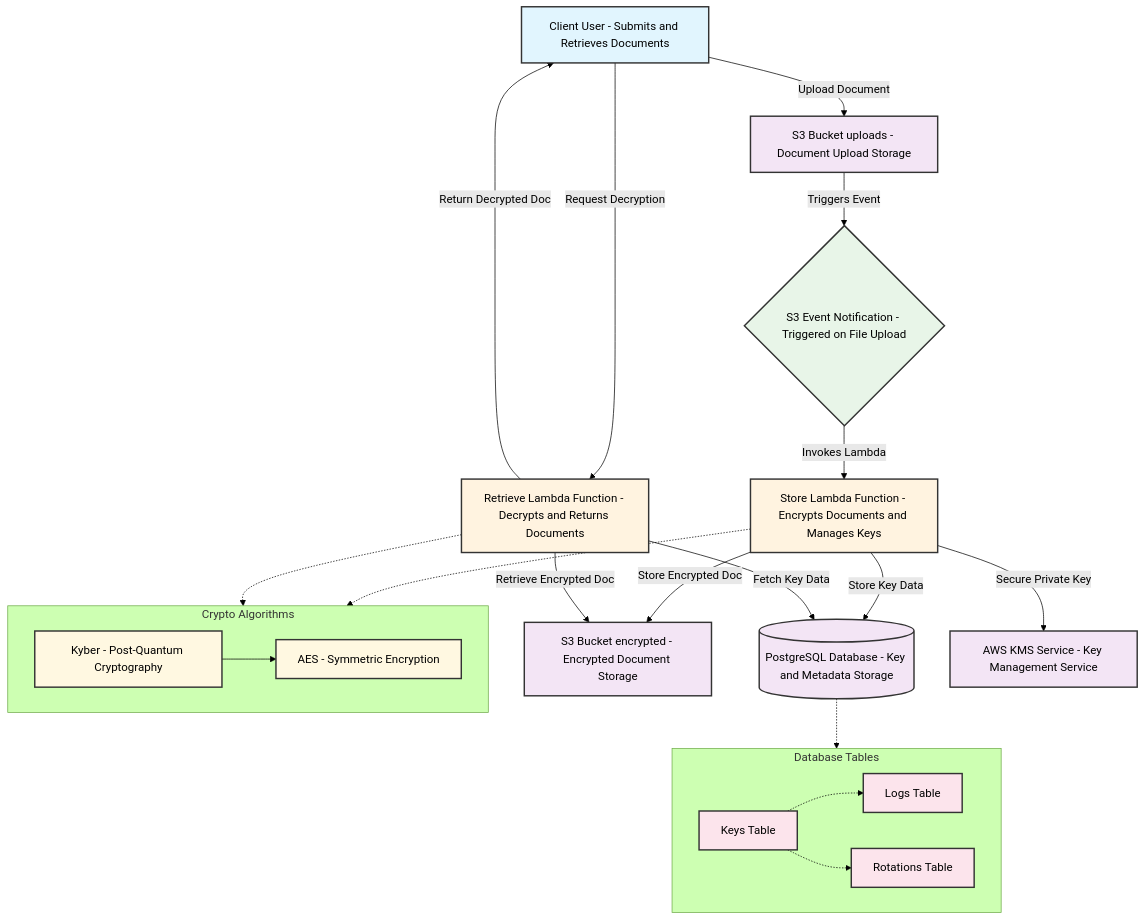
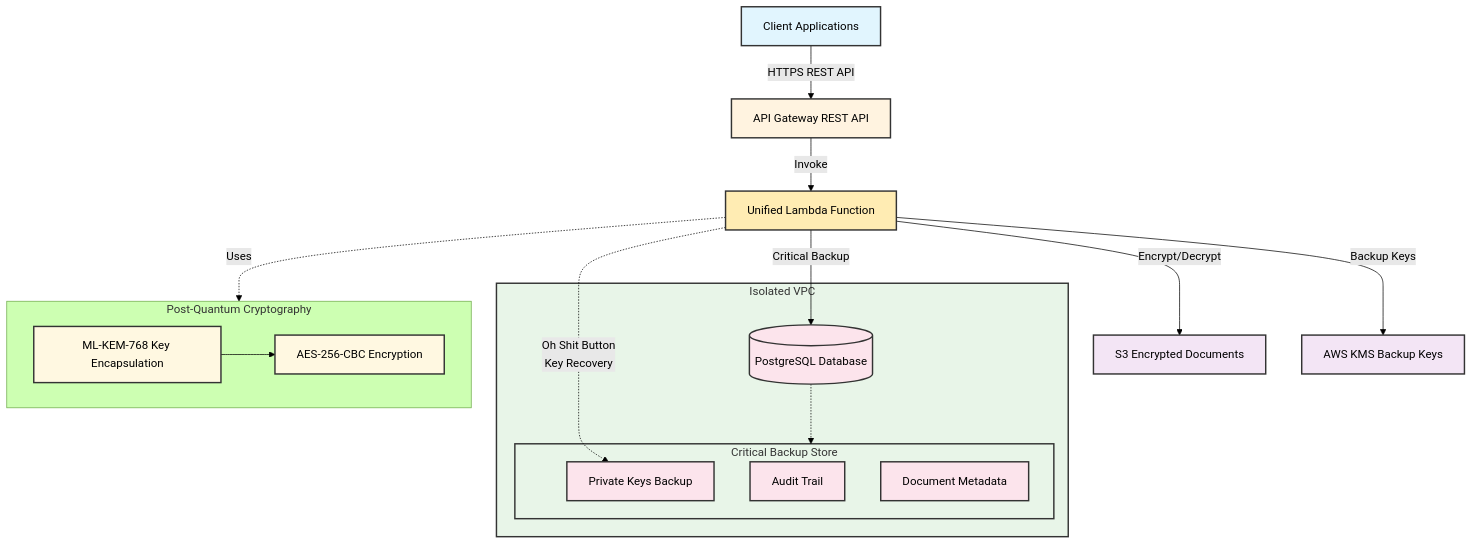
One commit to m1rl0k/pqfile changed the diagram in architecture.mmd. Above: the diagram before and after it, drawn with Mermaid (forest theme). The commit also changed 14 other files, not shown here.

Commit message:
fix + unified lambda

```diff
--- a/architecture.mmd
+++ b/architecture.mmd
@@ -1,65 +1,62 @@
 graph TB
     %% Define node styles
     classDef userClass fill:#e1f5fe,stroke:#333,stroke-width:2px
-    classDef lambdaClass fill:#fff3e0,stroke:#333,stroke-width:2px
+    classDef apiClass fill:#fff3e0,stroke:#333,stroke-width:2px
+    classDef lambdaClass fill:#ffecb3,stroke:#333,stroke-width:2px
     classDef storageClass fill:#f3e5f5,stroke:#333,stroke-width:2px
-    classDef eventClass fill:#e8f5e8,stroke:#333,stroke-width:2px
+    classDef dbClass fill:#fce4ec,stroke:#333,stroke-width:2px
     classDef algorithmClass fill:#fff8e1,stroke:#333,stroke-width:2px
-    classDef dbClass fill:#fce4ec,stroke:#333,stroke-width:2px
-    
+    classDef vpcClass fill:#e8f5e8,stroke:#333,stroke-width:2px
+
     %% External Components
-    User[Client User - Submits and Retrieves Documents] 
-    S3Up[S3 Bucket uploads - Document Upload Storage] 
-    S3Enc[S3 Bucket encrypted - Encrypted Document Storage] 
-    
-    %% Core Services
-    Store[Store Lambda Function - Encrypts Documents and Manages Keys] 
-    Retrieve[Retrieve Lambda Function - Decrypts and Returns Documents] 
-    DB[(PostgreSQL Database - Key and Metadata Storage)] 
-    KMS[AWS KMS Service - Key Management Service] 
-    
-    %% Event Flow
-    Event{S3 Event Notification - Triggered on File Upload} 
-    
-    %% Flow Connections
-    User -->|Upload Document| S3Up
-    User -->|Request Decryption| Retrieve
-    
-    %% Automatic Encryption Flow
-    S3Up -->|Triggers Event| Event
-    Event -->|Invokes Lambda| Store
-    Store -->|Store Key Data| DB
-    Store -->|Secure Private Key| KMS
-    Store -->|Store Encrypted Doc| S3Enc
-    
-    %% Decryption Flow
-    Retrieve -->|Fetch Key Data| DB
-    Retrieve -->|Retrieve Encrypted Doc| S3Enc
-    Retrieve -->|Return Decrypted Doc| User
-    
-    %% Algorithm Details
-    subgraph Algo [Crypto Algorithms]
-        Kyber[Kyber - Post-Quantum Cryptography]
-        AES[AES - Symmetric Encryption]
+    User[Client Applications]
+
+    %% API Layer
+    API[API Gateway REST API]
+
+    %% Core Processing
+    Lambda[Unified Lambda Function]
+
+    %% Storage Layer
+    S3[S3 Encrypted Documents]
+    KMS[AWS KMS Backup Keys]
+
+    %% Isolated Database (The "Oh Shit Button")
+    subgraph VPC [Isolated VPC]
+        DB[(PostgreSQL Database)]
+        subgraph DBTables [Critical Backup Store]
+            Keys[Private Keys Backup]
+            Logs[Audit Trail]
+            Metadata[Document Metadata]
+        end
+    end
+
+    %% Crypto Implementation
+    subgraph Crypto [Post-Quantum Cryptography]
+        Kyber[ML-KEM-768 Key Encapsulation]
+        AES[AES-256-CBC Encryption]
         Kyber --> AES
     end
-    Store -.-> Algo
-    Retrieve -.-> Algo
-    
-    %% Database Schema
-    subgraph DBSchema [Database Tables]
-        Keys[Keys Table]
-        Logs[Logs Table]
-        Rots[Rotations Table]
-        Keys -.-> Logs
-        Keys -.-> Rots
-    end
-    DB -.-> DBSchema
-    
-    %% Apply styles to nodes
+
+    %% Main Flow
+    User -->|HTTPS REST API| API
+    API -->|Invoke| Lambda
+    Lambda -->|Encrypt/Decrypt| S3
+    Lambda -->|Backup Keys| KMS
+    Lambda -->|Critical Backup| DB
+    Lambda -.->|Uses| Crypto
+
+    %% Database Relations
+    DB -.-> DBTables
+
+    %% Disaster Recovery Flow
+    Lambda -.->|"Oh Shit Button"<br/>Key Recovery| Keys
+
+    %% Apply styles
     class User userClass
-    class Store,Retrieve lambdaClass
-    class S3Up,S3Enc,DB,KMS storageClass
-    class Event eventClass
+    class API apiClass
+    class Lambda lambdaClass
+    class S3,KMS storageClass
+    class DB,Keys,Logs,Metadata dbClass
     class Kyber,AES algorithmClass
-    class Keys,Logs,Rots dbClass
+    class VPC,DBTables vpcClass
```
